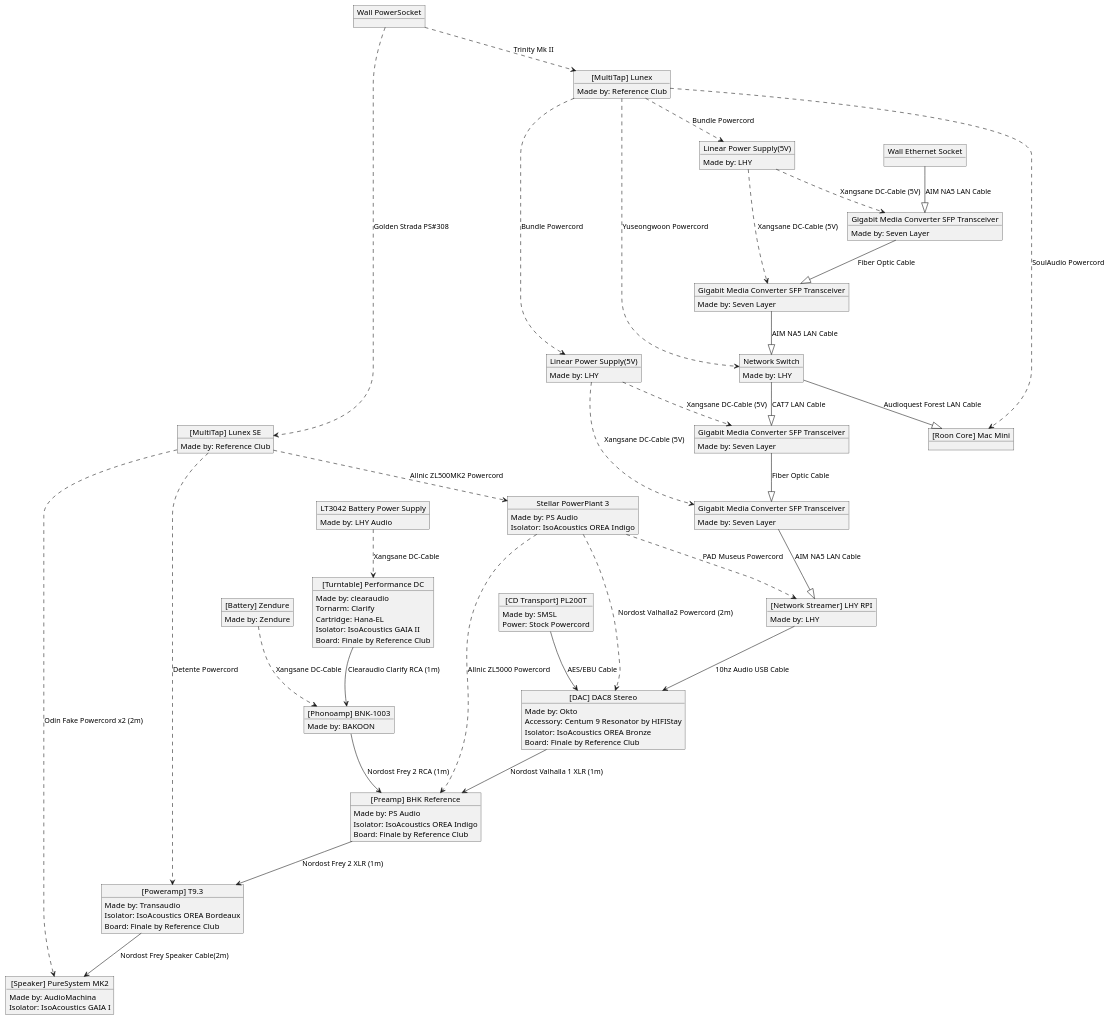
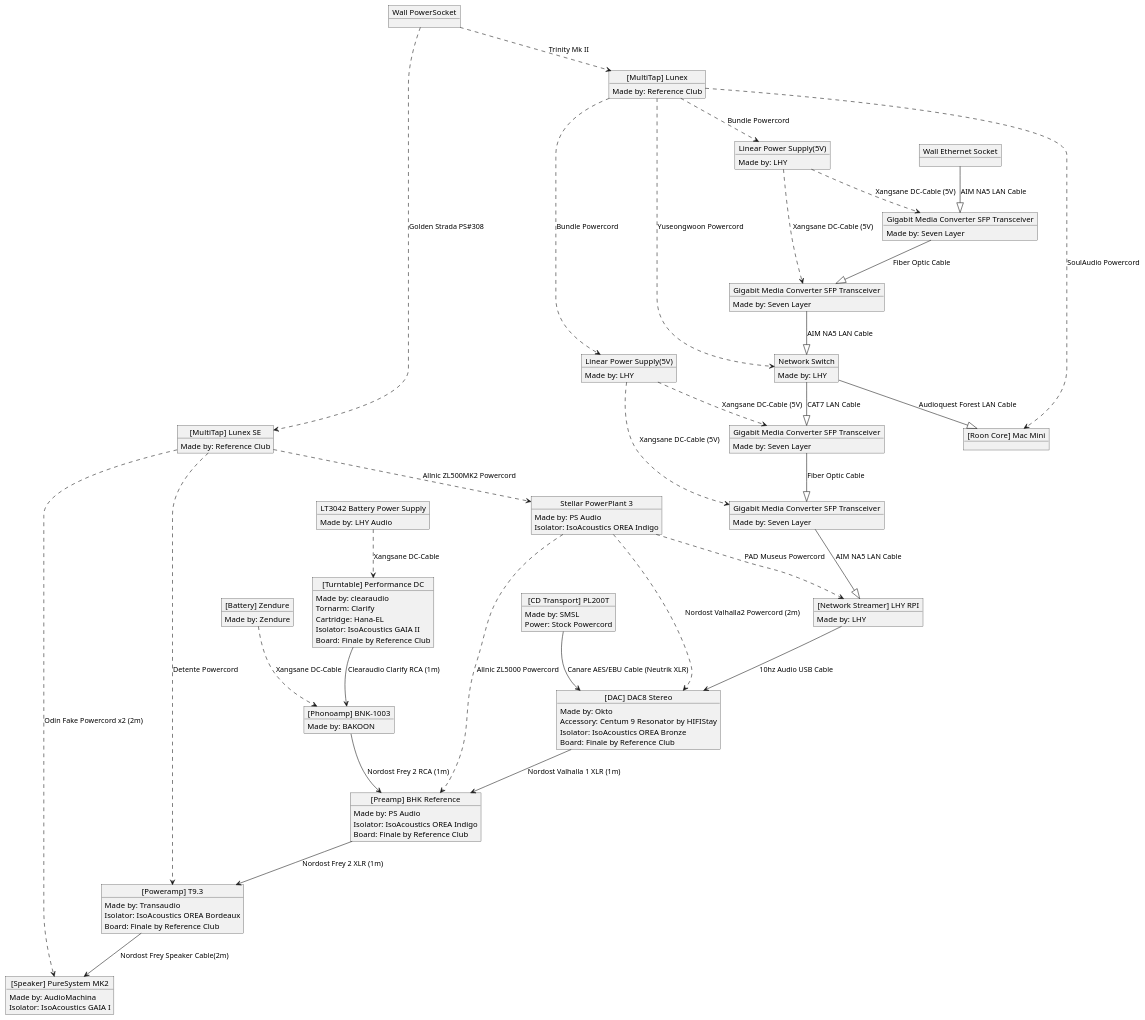
Before and after one commit to zebehn/zebehn.github.io: the diagram in hifi-audio/system_2609.puml, drawn with PlantUML.

Commit message:
HI-FI 9월판: AES/EBU 케이블을 카나레(뉴트릭 단자)로 표기

```diff
--- a/hifi-audio/system_2609.puml
+++ b/hifi-audio/system_2609.puml
@@ -1,120 +1,120 @@
 @startuml minsu-hifi-2609v1
 
 object "[DAC] DAC8 Stereo" as dac
 dac : Made by: Okto
 dac : Accessory: Centum 9 Resonator by HIFIStay
 dac : Isolator: IsoAcoustics OREA Bronze
 dac : Board: Finale by Reference Club
 
 object "[Turntable] Performance DC" as turntable
 turntable : Made by: clearaudio
 turntable : Tornarm: Clarify
 turntable : Cartridge: Hana-EL
 turntable : Isolator: IsoAcoustics GAIA II
 turntable : Board: Finale by Reference Club
 
 object "[Preamp] BHK Reference" as preamp
 preamp : Made by: PS Audio
 preamp : Isolator: IsoAcoustics OREA Indigo
 preamp : Board: Finale by Reference Club
 
 object "[Poweramp] T9.3" as poweramp
 poweramp : Made by: Transaudio
 poweramp : Isolator: IsoAcoustics OREA Bordeaux
 poweramp : Board: Finale by Reference Club
 
 object "[Phonoamp] BNK-1003" as phononamp
 phononamp : Made by: BAKOON
 
 object "LT3042 Battery Power Supply" as batteryps
 batteryps : Made by: LHY Audio
 
 object "Linear Power Supply(5V)" as linear1
 linear1 : Made by: LHY
 
 object "Linear Power Supply(5V)" as linear2
 linear2 : Made by: LHY
 
 object "[Battery] Zendure" as battery
 battery : Made by: Zendure
 
 object "[Speaker] PureSystem MK2" as speaker
 speaker : Made by: AudioMachina
 speaker : Isolator: IsoAcoustics GAIA I
 
 object "[Network Streamer] LHY RPI" as streamer
 streamer : Made by: LHY
 
 object "[CD Transport] PL200T" as cdt
 cdt : Made by: SMSL
 cdt : Power: Stock Powercord
 
 object "[Roon Core] Mac Mini" as macmini
 
 object "[MultiTap] Lunex SE" as multitap1
 multitap1 : Made by: Reference Club
 
 object "[MultiTap] Lunex" as multitap2
 multitap2 : Made by: Reference Club
 
 object "Stellar PowerPlant 3" as powerregenerator
 powerregenerator : Made by: PS Audio
 powerregenerator : Isolator: IsoAcoustics OREA Indigo
 
 object "Wall PowerSocket" as wallpowersocket
 object "Wall Ethernet Socket" as walllansocket
 
 object "Network Switch" as netswitch
 netswitch : Made by: LHY
 
 object "Gigabit Media Converter SFP Transceiver" as fiberhub1
 fiberhub1 : Made by: Seven Layer
 
 object "Gigabit Media Converter SFP Transceiver" as fiberhub2
 fiberhub2 : Made by: Seven Layer
 
 object "Gigabit Media Converter SFP Transceiver" as fiberhub3
 fiberhub3 : Made by: Seven Layer
 
 object "Gigabit Media Converter SFP Transceiver" as fiberhub4
 fiberhub4 : Made by: Seven Layer
 
 dac --> preamp : Nordost Valhalla 1 XLR (1m)
 preamp --> poweramp : Nordost Frey 2 XLR (1m)
 poweramp --> speaker : Nordost Frey Speaker Cable(2m)
 phononamp --> preamp : Nordost Frey 2 RCA (1m)
 turntable --> phononamp: Clearaudio Clarify RCA (1m)
 
 wallpowersocket ..> multitap1: Golden Strada PS#308
 multitap1 ..> powerregenerator: Allnic ZL500MK2 Powercord
 powerregenerator ..> preamp: Allnic ZL5000 Powercord
 multitap1 ..> poweramp: Detente Powercord
 powerregenerator ..> dac : Nordost Valhalla2 Powercord (2m)
 powerregenerator ..> streamer: PAD Museus Powercord
 
 wallpowersocket ..> multitap2: Trinity Mk II
 multitap2 ..> linear1: Bundle Powercord
 multitap2 ..> linear2: Bundle Powercord
 linear1 ..> fiberhub3: Xangsane DC-Cable (5V)
 linear1 ..> fiberhub4: Xangsane DC-Cable (5V)
 multitap2 ..> macmini: SoulAudio Powercord
 
 batteryps ..> turntable: Xangsane DC-Cable
 multitap1 ..> speaker: Odin Fake Powercord x2 (2m)
 battery ..> phononamp: Xangsane DC-Cable
 multitap2 ..> netswitch: Yuseongwoon Powercord
 linear2 ..> fiberhub1: Xangsane DC-Cable (5V)
 linear2 ..> fiberhub2: Xangsane DC-Cable (5V)
 
 streamer --> dac: 10hz Audio USB Cable
-cdt --> dac: AES/EBU Cable
+cdt --> dac: Canare AES/EBU Cable (Neutrik XLR)
 
 walllansocket --|> fiberhub1: AIM NA5 LAN Cable
 fiberhub1 --|> fiberhub2: Fiber Optic Cable
 fiberhub2 --|> netswitch: AIM NA5 LAN Cable
 netswitch --|> macmini: Audioquest Forest LAN Cable
 netswitch --|> fiberhub3: CAT7 LAN Cable
 fiberhub3 --|> fiberhub4: Fiber Optic Cable
 fiberhub4 --|> streamer: AIM NA5 LAN Cable
 
 @enduml
```
